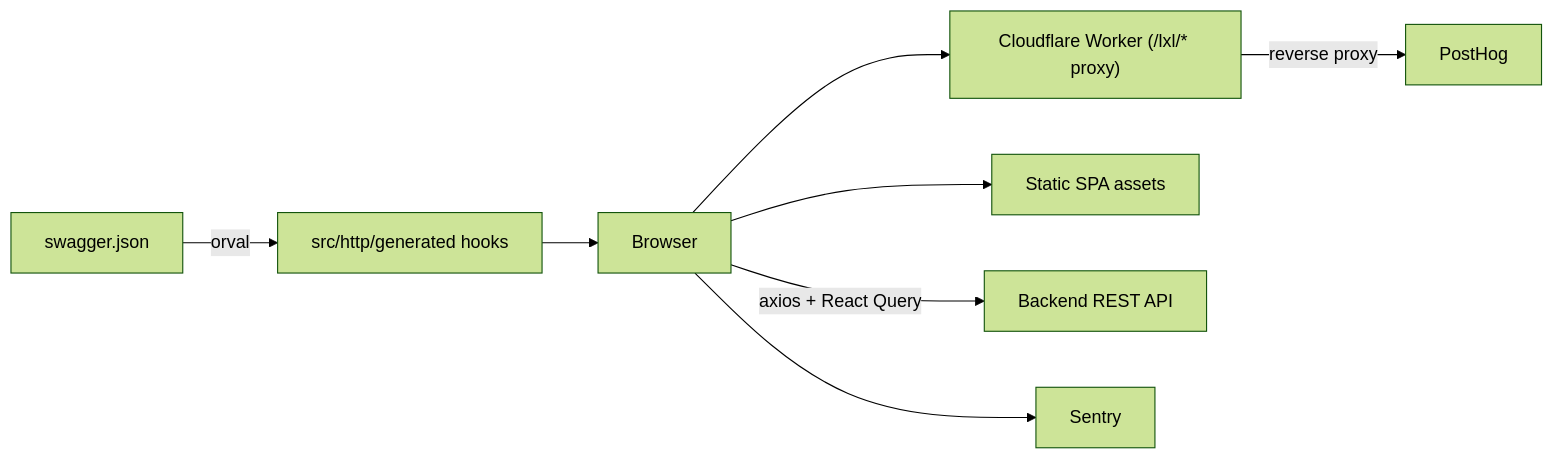
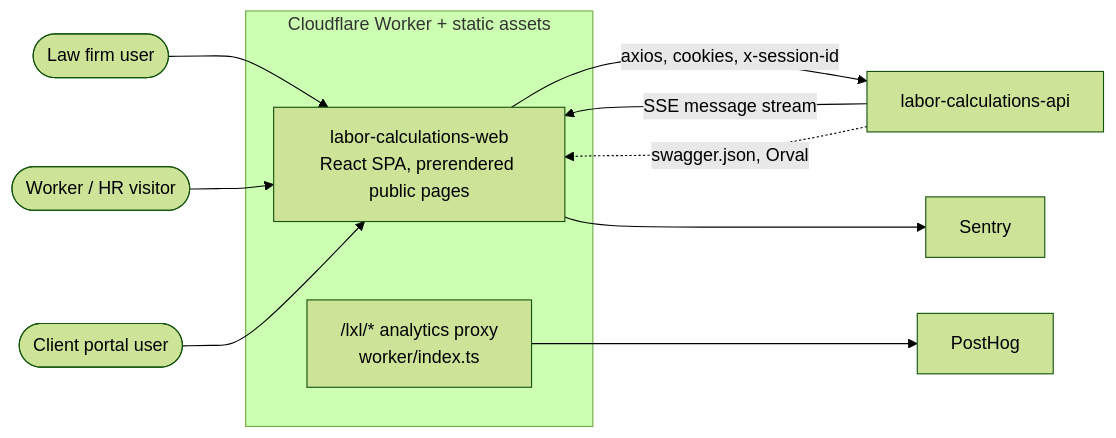
Before and after one commit to mkwitko/labor-calculations-web: the first of 3 diagrams in README.md, drawn with Mermaid (forest theme). The commit also changed other lines of this file, not shown here.

Commit message:
docs: add system context, layer and calculation flow diagrams to README

````diff
--- a/README.md
+++ b/README.md
@@ -19,10 +21,15 @@
 ```mermaid
 flowchart LR
-  Browser --> Worker["Cloudflare Worker (/lxl/* proxy)"]
-  Browser --> Assets["Static SPA assets"]
-  Worker -->|reverse proxy| PostHog
-  Browser -->|axios + React Query| API["Backend REST API"]
-  Browser --> Sentry
-  Swagger["swagger.json"] -->|orval| Client["src/http/generated hooks"]
-  Client --> Browser
+  Lawyer([Law firm user]) --> Web
+  Worker([Worker / HR visitor]) --> Web
+  Client([Client portal user]) --> Web
+  subgraph Edge[Cloudflare Worker + static assets]
+    Web[labor-calculations-web<br/>React SPA, prerendered public pages]
+    Proxy["/lxl/* analytics proxy<br/>worker/index.ts"]
+  end
+  Web -->|axios, cookies, x-session-id| API[labor-calculations-api]
+  API -->|SSE message stream| Web
+  Proxy --> PostHog
+  Web --> Sentry
+  API -.->|swagger.json, Orval| Web
 ```
````
